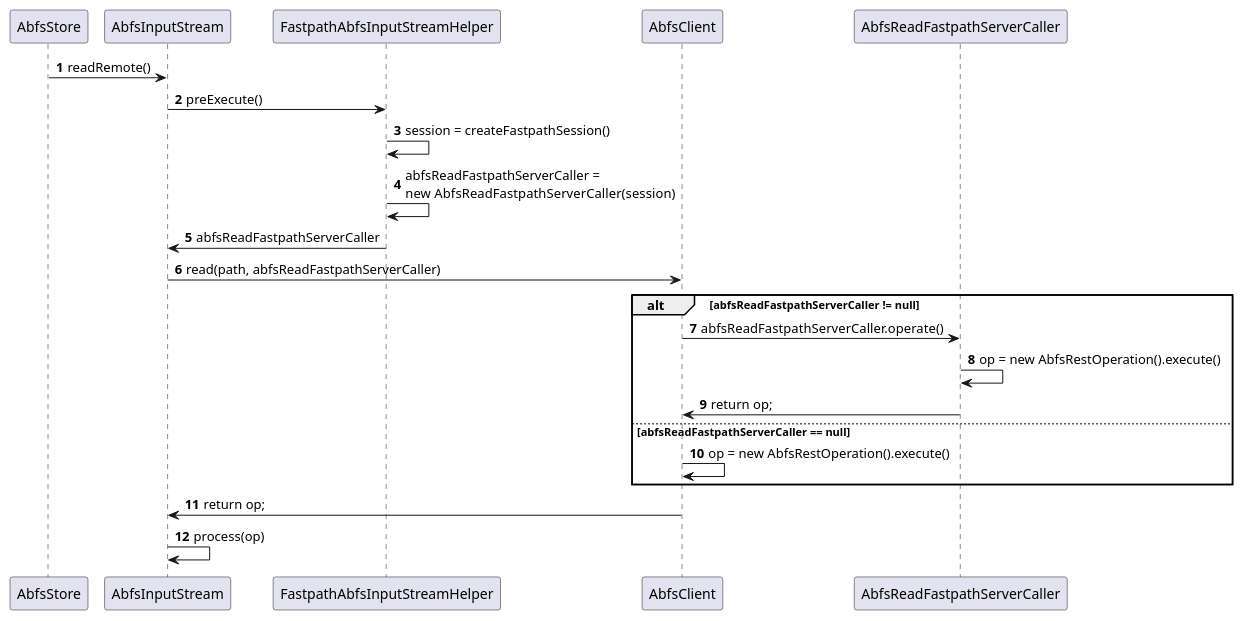
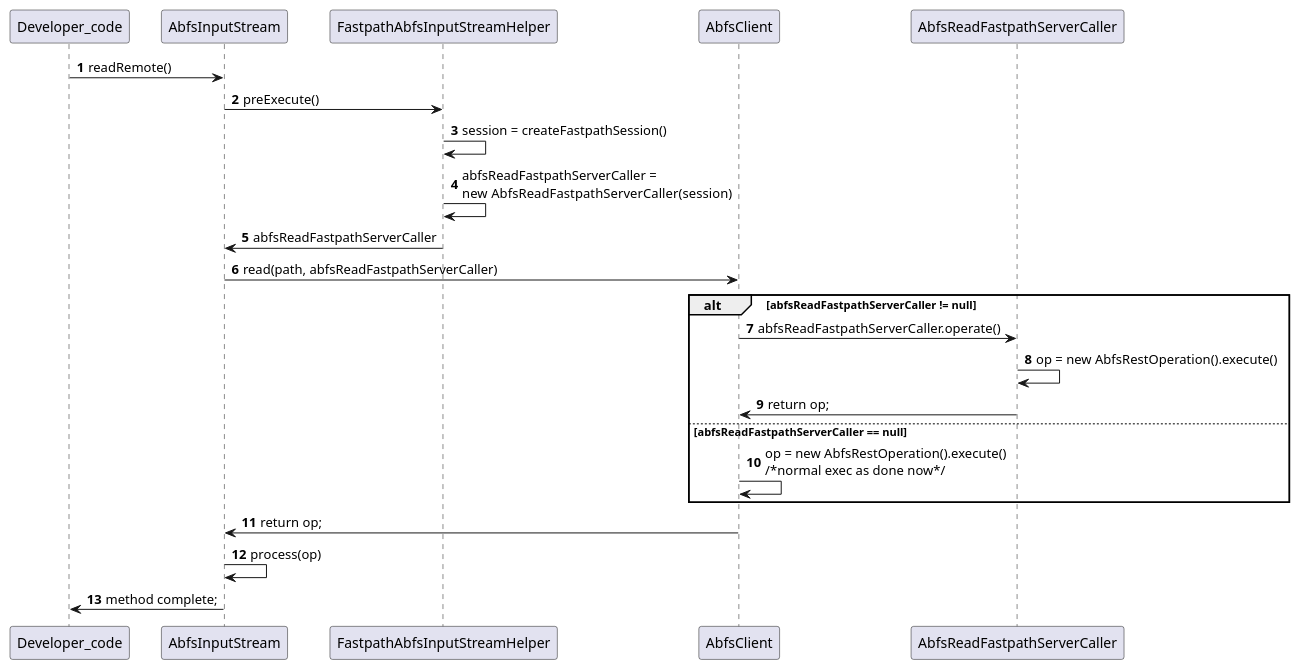
Before and after one commit to pranavsaxena-microsoft/hadoop: the diagram in hadoop-tools/hadoop-azure/src/main/resources/diagrams/AbfsFastpathRefactorDetailed.puml, drawn with PlantUML. The commit also changed 3 other files, not shown here.

Commit message:
refactor diagram

```diff
--- a/hadoop-tools/hadoop-azure/src/main/resources/diagrams/AbfsFastpathRefactorDetailed.puml
+++ b/hadoop-tools/hadoop-azure/src/main/resources/diagrams/AbfsFastpathRefactorDetailed.puml
@@ -1,21 +1,21 @@
 @startuml
 'https://plantuml.com/sequence-diagram
 
 autonumber
-AbfsStore -> AbfsInputStream : readRemote()
+Developer_code -> AbfsInputStream : readRemote()
 AbfsInputStream -> FastpathAbfsInputStreamHelper : preExecute()
 FastpathAbfsInputStreamHelper -> FastpathAbfsInputStreamHelper: session = createFastpathSession()
 FastpathAbfsInputStreamHelper -> FastpathAbfsInputStreamHelper:abfsReadFastpathServerCaller = \nnew  AbfsReadFastpathServerCaller(session)
 FastpathAbfsInputStreamHelper -> AbfsInputStream : abfsReadFastpathServerCaller
 AbfsInputStream -> AbfsClient : read(path, abfsReadFastpathServerCaller)
 alt abfsReadFastpathServerCaller != null
 AbfsClient -> AbfsReadFastpathServerCaller: abfsReadFastpathServerCaller.operate()
 AbfsReadFastpathServerCaller -> AbfsReadFastpathServerCaller: op = new AbfsRestOperation().execute()
 AbfsReadFastpathServerCaller -> AbfsClient : return op;
 else abfsReadFastpathServerCaller == null
-AbfsClient -> AbfsClient : op = new AbfsRestOperation().execute()
+AbfsClient -> AbfsClient : op = new AbfsRestOperation().execute()\n/*normal exec as done now*/
 end
 AbfsClient -> AbfsInputStream : return op;
 AbfsInputStream -> AbfsInputStream: process(op)
-
+AbfsInputStream -> Developer_code: method complete;
 @enduml
```
